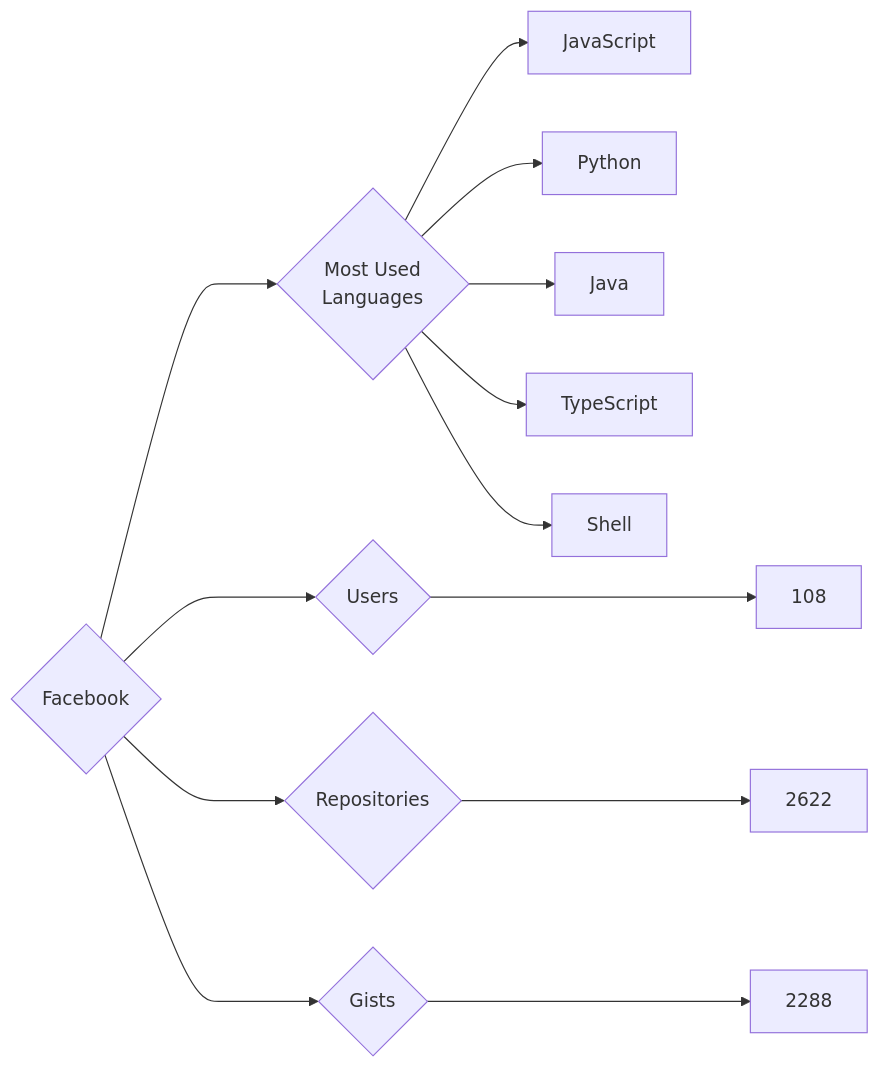
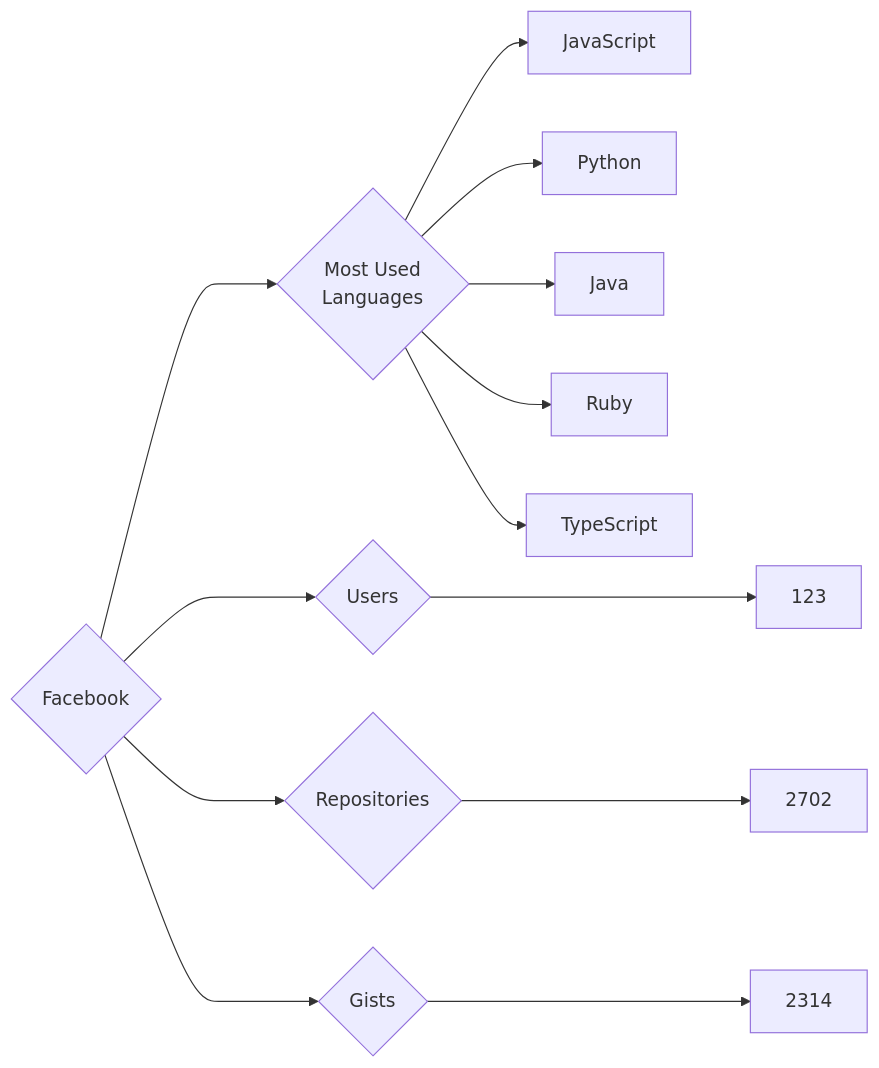
One commit to trickest/insiders changed the diagram in targets/Facebook/README.md. Above: the diagram before and after it, drawn with Mermaid. The commit also changed 715 other files, not shown here.

````diff
--- a/targets/Facebook/README.md
+++ b/targets/Facebook/README.md
@@ -3,13 +3,13 @@
 ```mermaid
 graph LR
 COMPANY_NAME{Facebook}
-COMPANY_NAME ---> U{Users} ---> UN[108]
-COMPANY_NAME ---> R{Repositories} ---> RN[2622]
-COMPANY_NAME ---> G{Gists} ---> GN[2288]
+COMPANY_NAME ---> U{Users} ---> UN[123]
+COMPANY_NAME ---> R{Repositories} ---> RN[2702]
+COMPANY_NAME ---> G{Gists} ---> GN[2314]
 COMPANY_NAME ---> ML{Most Used<br>Languages}
 ML --> JavaScript[JavaScript]
 ML --> Python[Python]
 ML --> Java[Java]
+ML --> Ruby[Ruby]
 ML --> TypeScript[TypeScript]
-ML --> Shell[Shell]
 ```
````
